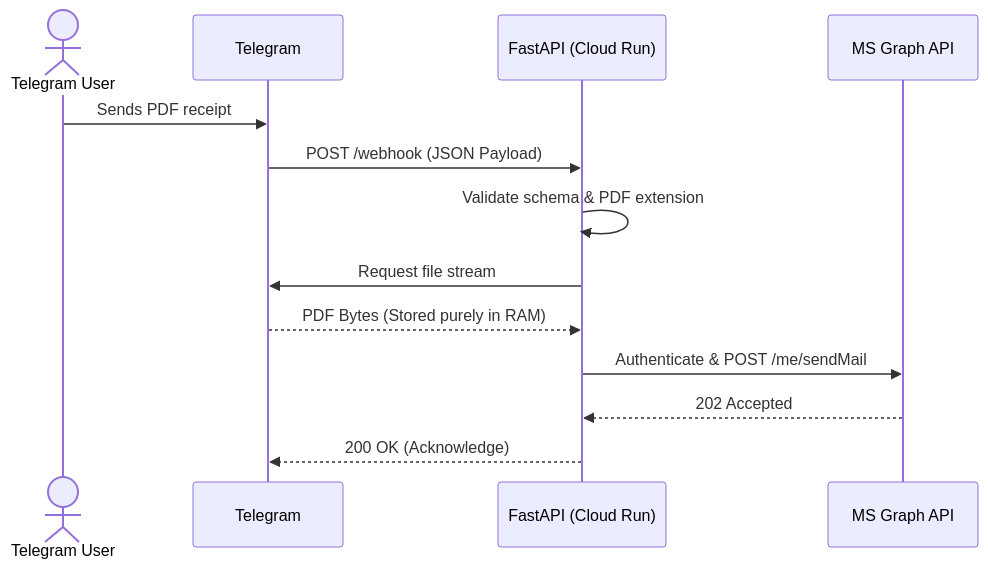
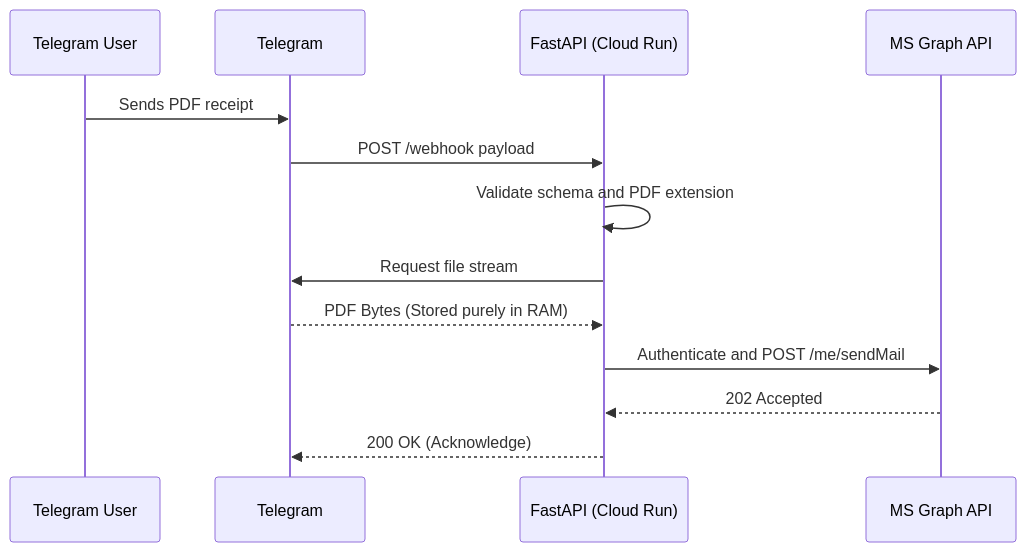
Before and after one commit to guilhermeguim/condominio_mail_bot: the diagram in docs/architecture.md, drawn with Mermaid.

Commit message:
docs: refine architecture sequence diagram

````diff
--- a/docs/architecture.md
+++ b/docs/architecture.md
@@ -9,20 +9,20 @@
 ```mermaid
 sequenceDiagram
-    actor User as Telegram User
+    participant User as Telegram User
     participant Telegram
     participant App as FastAPI (Cloud Run)
     participant Graph as MS Graph API
 
     User->>Telegram: Sends PDF receipt
-    Telegram->>App: POST /webhook (JSON Payload)
+    Telegram->>App: POST /webhook payload
     
-    App->>App: Validate schema & PDF extension
+    App->>App: Validate schema and PDF extension
     
     App->>Telegram: Request file stream
     Telegram-->>App: PDF Bytes (Stored purely in RAM)
     
-    App->>Graph: Authenticate & POST /me/sendMail
+    App->>Graph: Authenticate and POST /me/sendMail
     Graph-->>App: 202 Accepted
     
     App-->>Telegram: 200 OK (Acknowledge)
 ```
````
